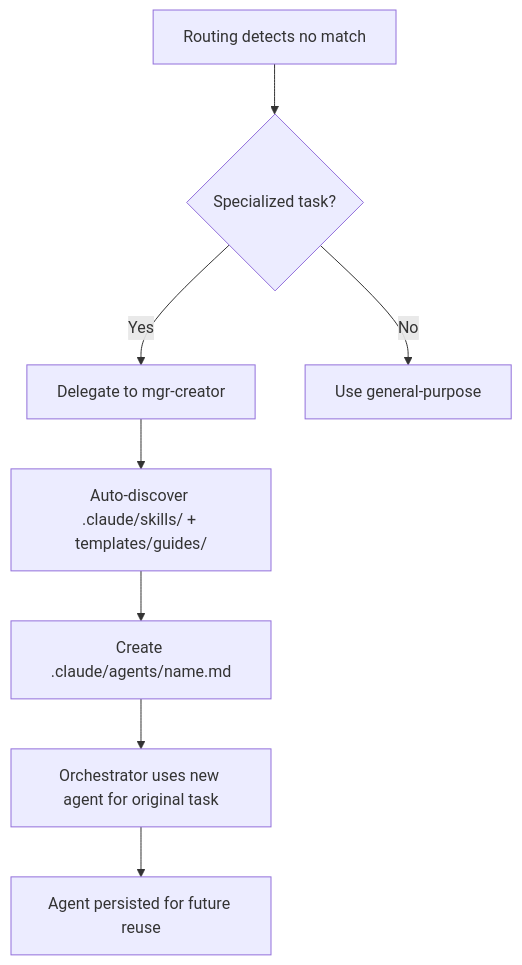
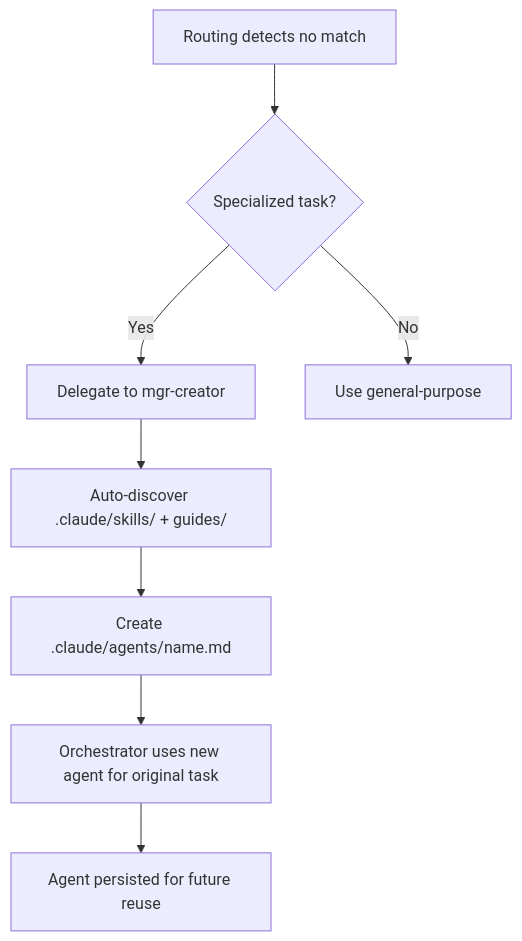
One commit to baekenough/oh-my-customcode changed the fourth of 8 diagrams in ARCHITECTURE.md. Above: the diagram before and after it, drawn with Mermaid. The commit also changed other lines of this file and 5 other files, not shown here.

First line of the commit message:
docs: rewrite README and ARCHITECTURE for v0.36.1

````diff
--- a/ARCHITECTURE.md
+++ b/ARCHITECTURE.md
@@ -197,10 +250,10 @@
 ```mermaid
 flowchart TD
     A[Routing detects no match] --> B{Specialized task?}
     B -- Yes --> C[Delegate to mgr-creator]
     B -- No --> D[Use general-purpose]
-    C --> E[Auto-discover .claude/skills/ + templates/guides/]
-    E --> F[Create .claude/agents/name.md]
+    C --> E["Auto-discover .claude/skills/ + guides/"]
+    E --> F["Create .claude/agents/name.md"]
     F --> G[Orchestrator uses new agent for original task]
     G --> H[Agent persisted for future reuse]
 ```
````
